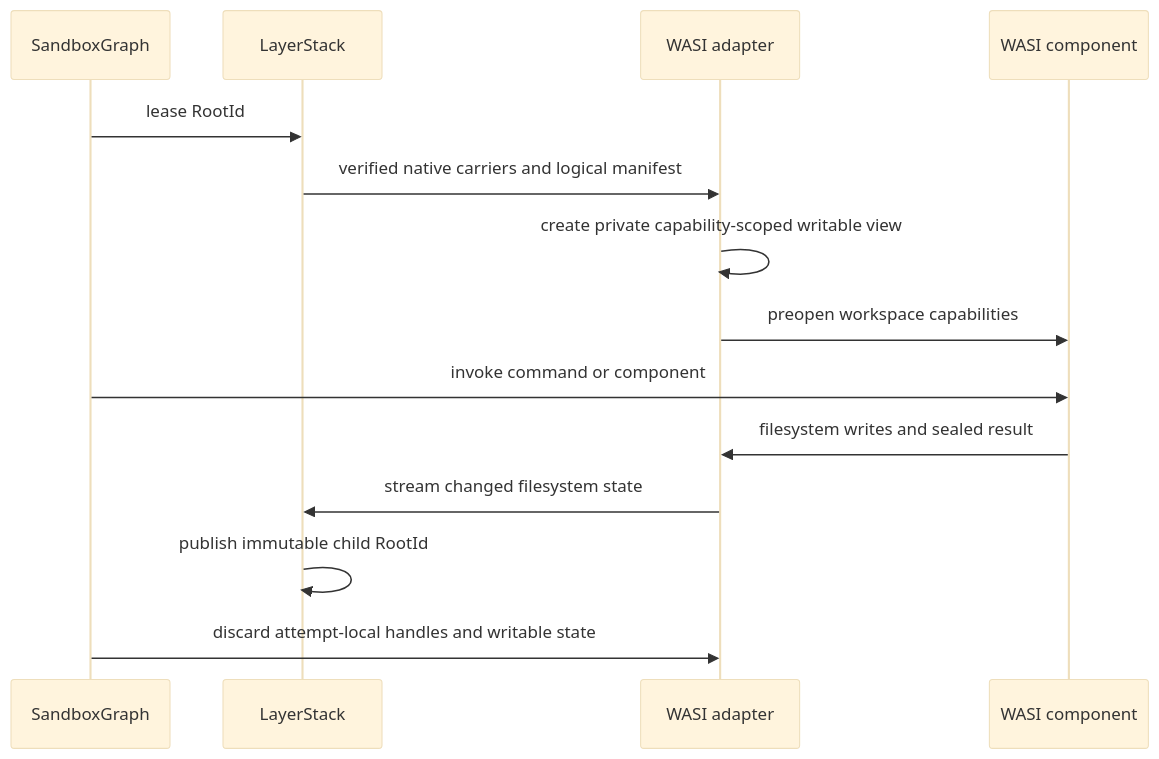
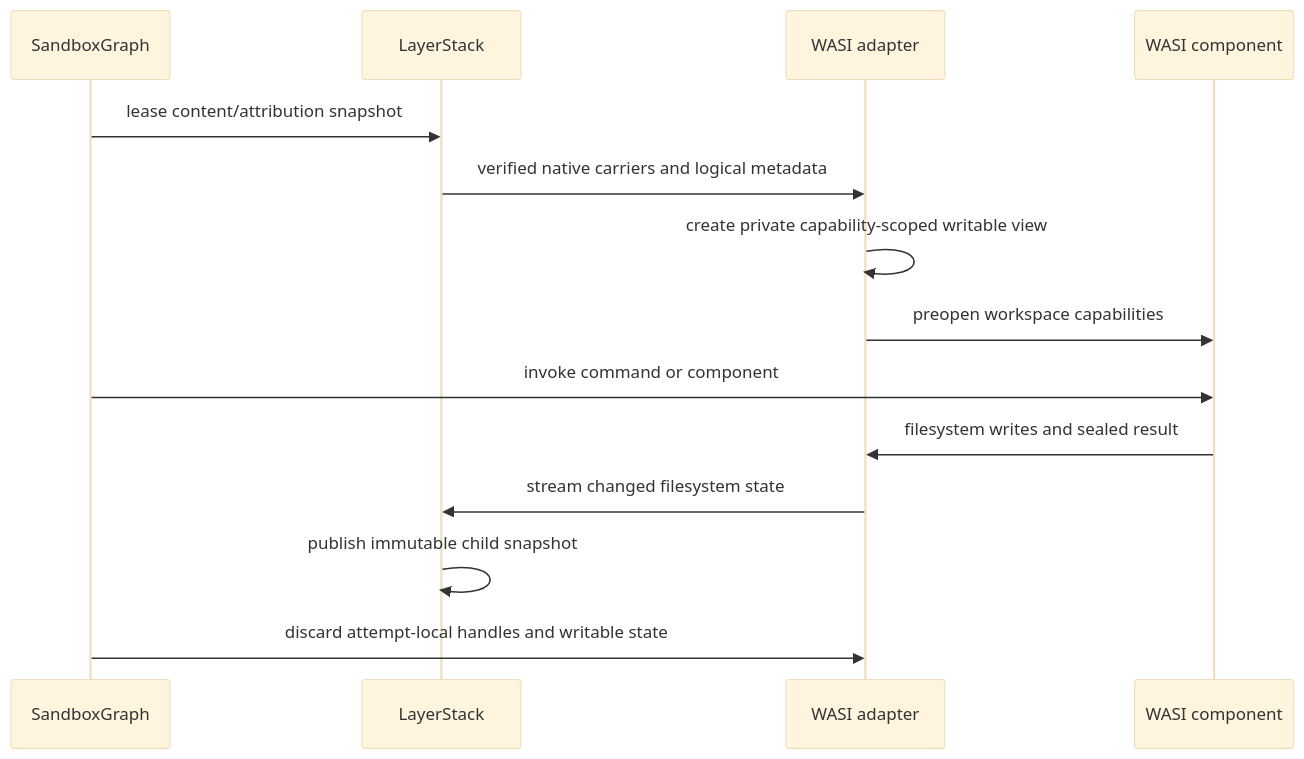
One commit to Ephemeral-AI-Lab/ephemeral-sandbox-docs changed the third of 3 diagrams in implementation-plan/2.0 migration/phase 3/index.md. Above: the diagram before and after it, drawn with Mermaid (base theme). The commit also changed other lines of this file and 17 other files, not shown here.

````diff
--- a/implementation-plan/2.0 migration/phase 3/index.md
+++ b/implementation-plan/2.0 migration/phase 3/index.md
@@ -171,17 +173,17 @@
 ```mermaid
 sequenceDiagram
     participant G as SandboxGraph
     participant L as LayerStack
     participant W as WASI adapter
     participant C as WASI component
 
-    G->>L: lease RootId
-    L->>W: verified native carriers and logical manifest
+    G->>L: lease content/attribution snapshot
+    L->>W: verified native carriers and logical metadata
     W->>W: create private capability-scoped writable view
     W->>C: preopen workspace capabilities
     G->>C: invoke command or component
     C->>W: filesystem writes and sealed result
     W->>L: stream changed filesystem state
-    L->>L: publish immutable child RootId
+    L->>L: publish immutable child snapshot
     G->>W: discard attempt-local handles and writable state
 ```
````
